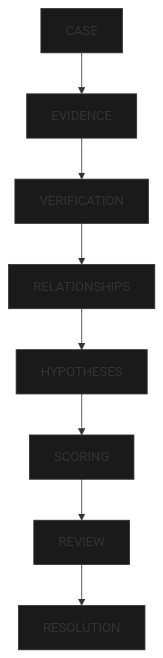
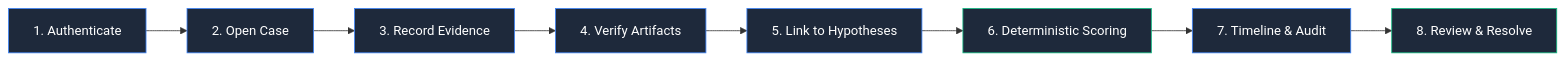
The first of 2 diagrams in README.md (Barathwaj2006/blackbox-investigation-platform), drawn with Mermaid before and after one commit. The commit also changed other lines of this file and 11 other files, not shown here.

````diff
--- a/README.md
+++ b/README.md
@@ -56,19 +83,19 @@
 ```mermaid
-graph TD
-    A[CASE] --> B[EVIDENCE]
-    B --> C[VERIFICATION]
-    C --> D[RELATIONSHIPS]
-    D --> E[HYPOTHESES]
-    E --> F[SCORING]
-    F --> G[REVIEW]
-    G --> H[RESOLUTION]
-    
-    style A fill:#1a1a1a,stroke:#333
-    style B fill:#1a1a1a,stroke:#333
-    style C fill:#1a1a1a,stroke:#333
-    style D fill:#1a1a1a,stroke:#333
-    style E fill:#1a1a1a,stroke:#333
-    style F fill:#1a1a1a,stroke:#333
-    style G fill:#1a1a1a,stroke:#333
-    style H fill:#1a1a1a,stroke:#333
+flowchart LR
+    A[1. Authenticate] --> B[2. Open Case]
+    B --> C[3. Record Evidence]
+    C --> D[4. Verify Artifacts]
+    D --> E[5. Link to Hypotheses]
+    E --> F[6. Deterministic Scoring]
+    F --> G[7. Timeline & Audit]
+    G --> H[8. Review & Resolve]
+
+    style A fill:#1e293b,stroke:#3b82f6,color:#fff
+    style B fill:#1e293b,stroke:#3b82f6,color:#fff
+    style C fill:#1e293b,stroke:#3b82f6,color:#fff
+    style D fill:#1e293b,stroke:#3b82f6,color:#fff
+    style E fill:#1e293b,stroke:#3b82f6,color:#fff
+    style F fill:#1e293b,stroke:#10b981,color:#fff
+    style G fill:#1e293b,stroke:#3b82f6,color:#fff
+    style H fill:#1e293b,stroke:#10b981,color:#fff
 ```
````
